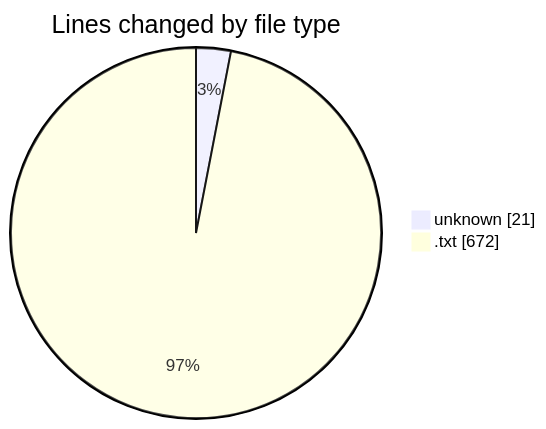
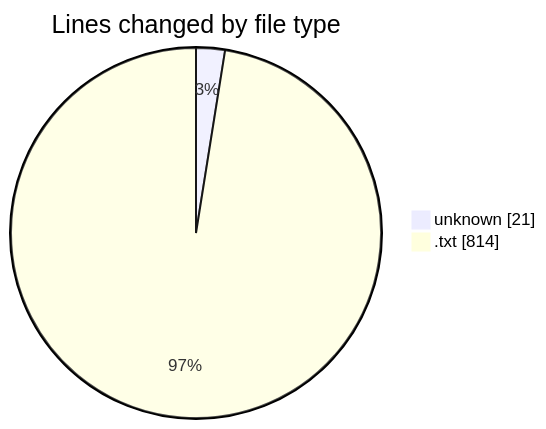
One commit to EIIisD/code-tracking changed the first of 2 diagrams in 2025-07-25/cutler/README.md. Above: the diagram before and after it, drawn with Mermaid. The commit also changed other lines of this file and 1 other file, not shown here.

````diff
--- a/2025-07-25/cutler/README.md
+++ b/2025-07-25/cutler/README.md
@@ -29,6 +30,6 @@
 ```mermaid
 pie showData
 title Lines changed by file type
 "unknown" : 21
-".txt" : 672
+".txt" : 814
 ```
````
